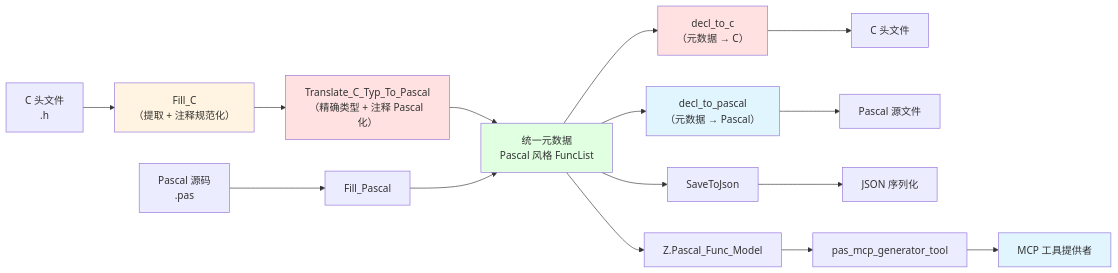
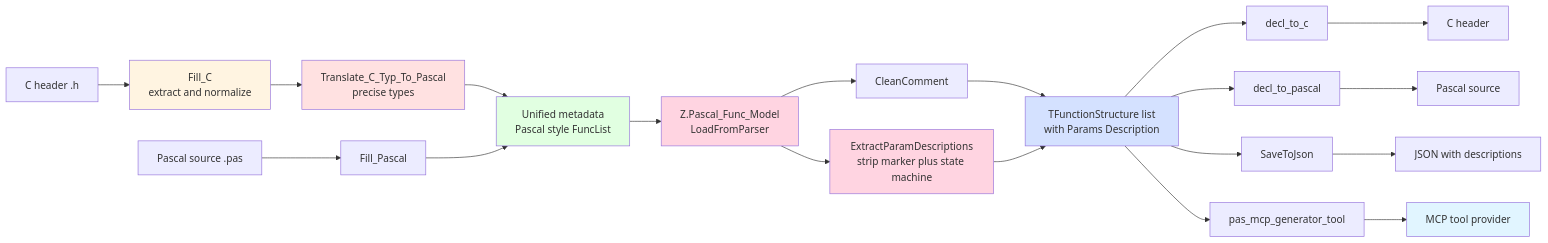
The sixth of 6 diagrams in source/C_Declaration_Parser_Work_Summary.md (PassByYou888/zNetV2), drawn with Mermaid before and after one commit. The commit also changed other lines of this file and 8 other files, not shown here.

````diff
--- a/source/C_Declaration_Parser_Work_Summary.md
+++ b/source/C_Declaration_Parser_Work_Summary.md
@@ -860,24 +984,29 @@
 ```mermaid
 flowchart LR
-    A["C 头文件<br/>.h"] --> B["Fill_C<br/>（提取 + 注释规范化）"]
-    B --> C["Translate_C_Typ_To_Pascal<br/>（精确类型 + 注释 Pascal 化）"]
-    C --> D["统一元数据<br/>Pascal 风格 FuncList"]
-    P["Pascal 源码<br/>.pas"] --> Q["Fill_Pascal"]
+    A["C header .h"] --> B["Fill_C<br/>extract and normalize"]
+    B --> C["Translate_C_Typ_To_Pascal<br/>precise types"]
+    C --> D["Unified metadata<br/>Pascal style FuncList"]
+    P["Pascal source .pas"] --> Q["Fill_Pascal"]
     Q --> D
-    D --> E["decl_to_c<br/>（元数据 → C）"]
-    D --> F["decl_to_pascal<br/>（元数据 → Pascal）"]
-    D --> G["SaveToJson"]
-    E --> H["C 头文件"]
-    F --> I["Pascal 源文件"]
-    G --> J["JSON 序列化"]
-    D --> K["Z.Pascal_Func_Model"]
-    K --> L["pas_mcp_generator_tool"]
-    L --> M["MCP 工具提供者"]
+    D --> E["Z.Pascal_Func_Model<br/>LoadFromParser"]
+    E --> E1["CleanComment"]
+    E --> E2["ExtractParamDescriptions<br/>strip marker plus state machine"]
+    E1 --> F["TFunctionStructure list<br/>with Params Description"]
+    E2 --> F
+    F --> G["decl_to_c"]
+    F --> H["decl_to_pascal"]
+    F --> I["SaveToJson"]
+    G --> J["C header"]
+    H --> K["Pascal source"]
+    I --> L["JSON with descriptions"]
+    F --> M["pas_mcp_generator_tool"]
+    M --> N["MCP tool provider"]
 
     style B fill:#fff4e1
     style C fill:#ffe1e1
     style D fill:#e1ffe1
-    style E fill:#ffe1e1
-    style F fill:#e1f5ff
-    style M fill:#e1f5ff
+    style E fill:#ffd4e1
+    style E2 fill:#ffd4e1
+    style F fill:#d4e1ff
+    style N fill:#e1f5ff
 ```
````
